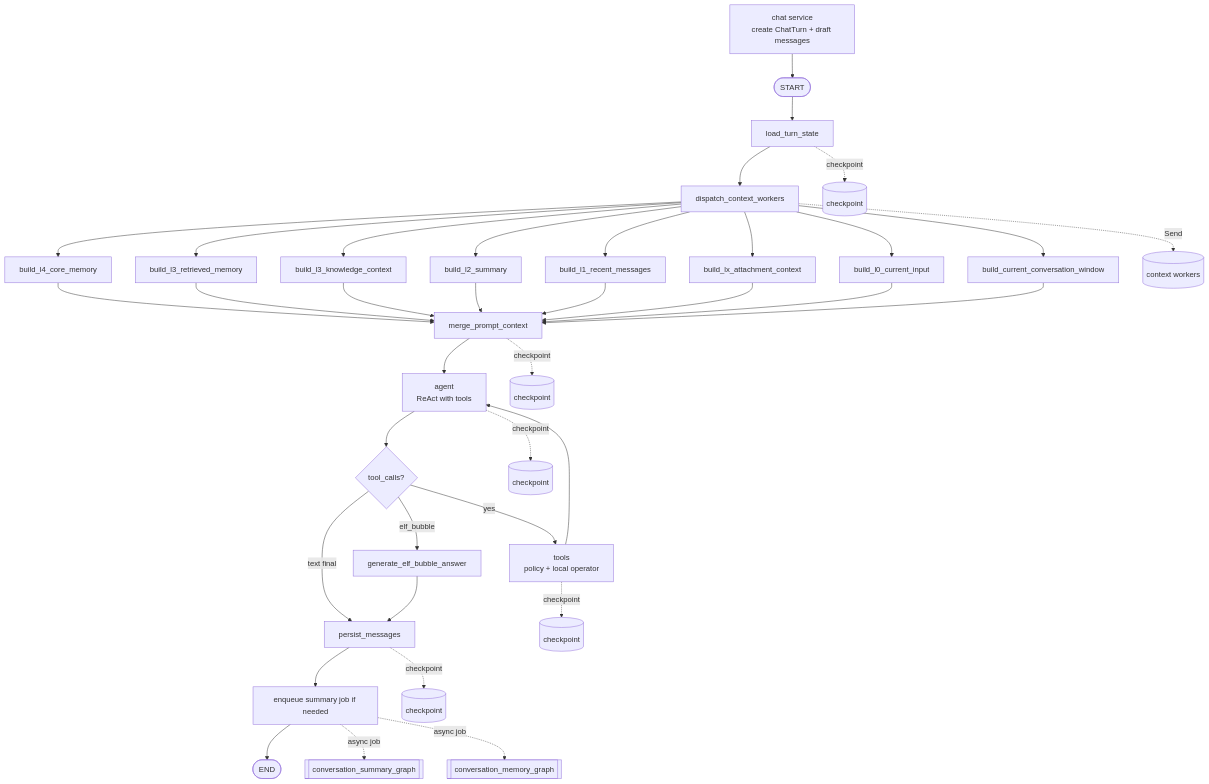
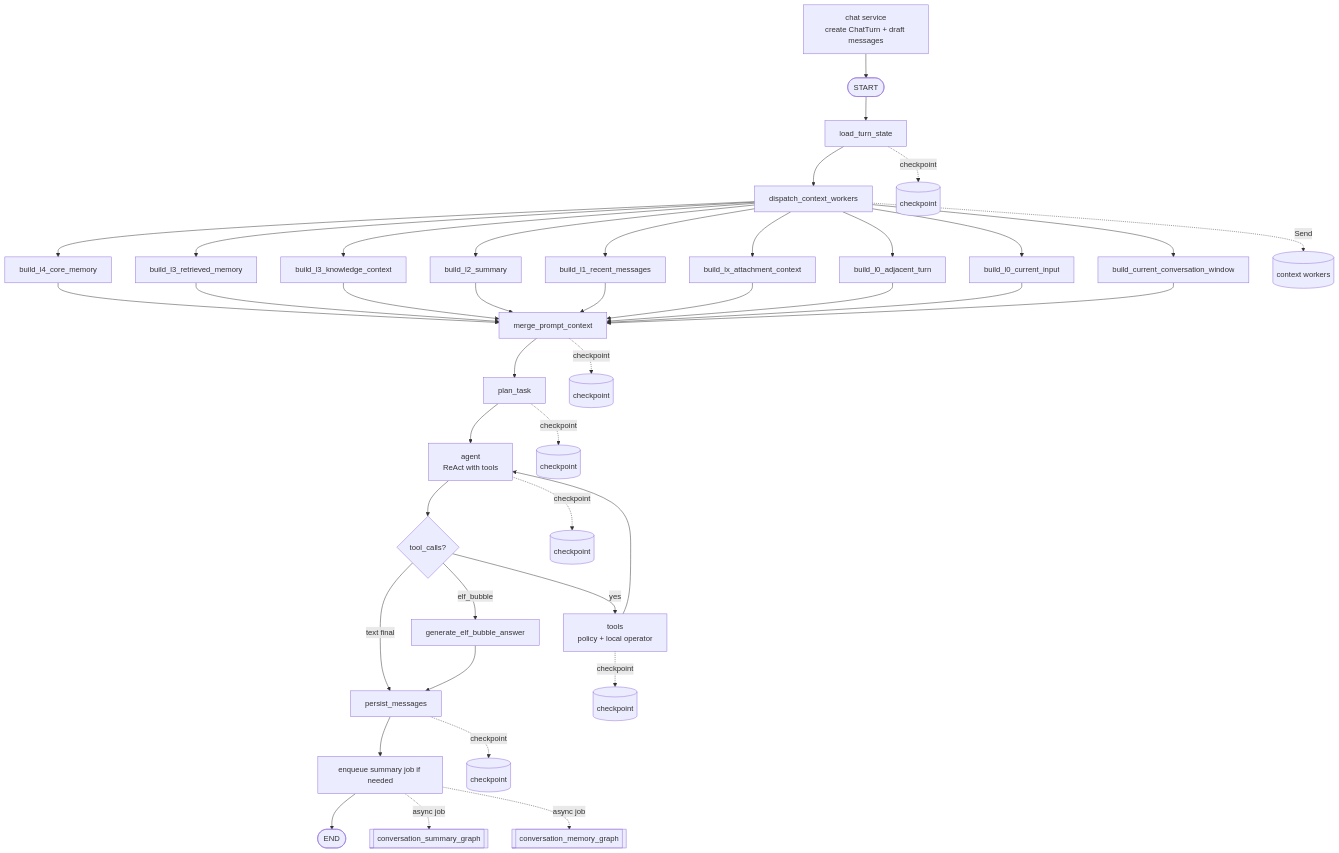
One commit to LiuJiaxuan1024/AiMemo changed the first of 5 diagrams in docs/agent/memory-chat-graph.md. Above: the diagram before and after it, drawn with Mermaid. The commit also changed other lines of this file and 49 other files, not shown here.

````diff
--- a/docs/agent/memory-chat-graph.md
+++ b/docs/agent/memory-chat-graph.md
@@ -23,40 +23,44 @@
 ```mermaid
 flowchart TD
     Precreate[chat service<br/>create ChatTurn + draft messages] --> Start([START])
     Start([START]) --> Load[load_turn_state]
     Load --> Dispatch[dispatch_context_workers]
     Dispatch --> L4[build_l4_core_memory]
     Dispatch --> L3[build_l3_retrieved_memory]
     Dispatch --> K3[build_l3_knowledge_context]
     Dispatch --> L2[build_l2_summary]
     Dispatch --> L1[build_l1_recent_messages]
     Dispatch --> LX[build_lx_attachment_context]
+    Dispatch --> L05[build_l0_adjacent_turn]
     Dispatch --> L0[build_l0_current_input]
     Dispatch --> Window[build_current_conversation_window]
     L4 --> Merge[merge_prompt_context]
     L3 --> Merge
     K3 --> Merge
     L2 --> Merge
     L1 --> Merge
     LX --> Merge
+    L05 --> Merge
     L0 --> Merge
     Window --> Merge
-    Merge --> Agent[agent<br/>ReAct with tools]
+    Merge --> Plan[plan_task]
+    Plan --> Agent[agent<br/>ReAct with tools]
     Agent --> Route{tool_calls?}
     Route -->|yes| Tools[tools<br/>policy + local operator]
     Tools --> Agent
     Route -->|text final| Persist[persist_messages]
     Route -->|elf_bubble| BubbleGenerate[generate_elf_bubble_answer]
     BubbleGenerate --> Persist
     Persist --> MaybeSummary[enqueue summary job if needed]
     MaybeSummary --> End([END])
     MaybeSummary -. async job .-> SummaryGraph[[conversation_summary_graph]]
     MaybeSummary -. async job .-> MemoryGraph[[conversation_memory_graph]]
 
     Load -. checkpoint .-> CP1[(checkpoint)]
     Dispatch -. Send .-> Workers[(context workers)]
     Merge -. checkpoint .-> CP2[(checkpoint)]
+    Plan -. checkpoint .-> CPPlan[(checkpoint)]
     Agent -. checkpoint .-> CP3[(checkpoint)]
     Tools -. checkpoint .-> CP4[(checkpoint)]
     Persist -. checkpoint .-> CP5[(checkpoint)]
 ```
````
